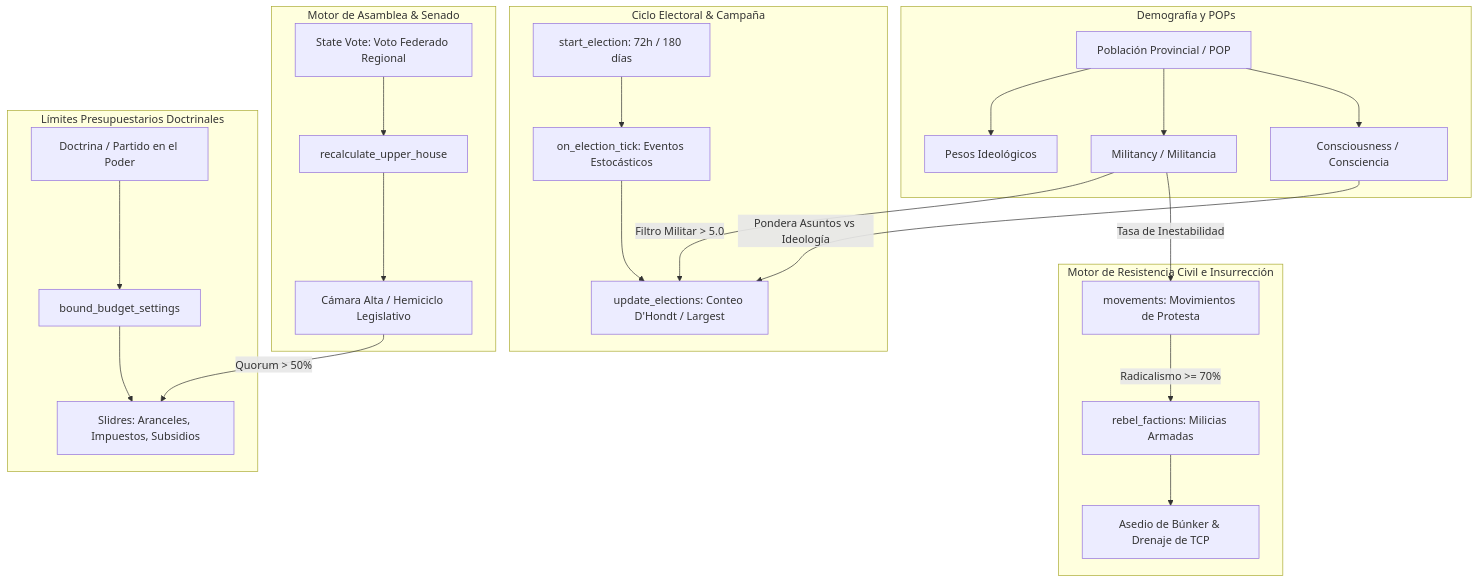
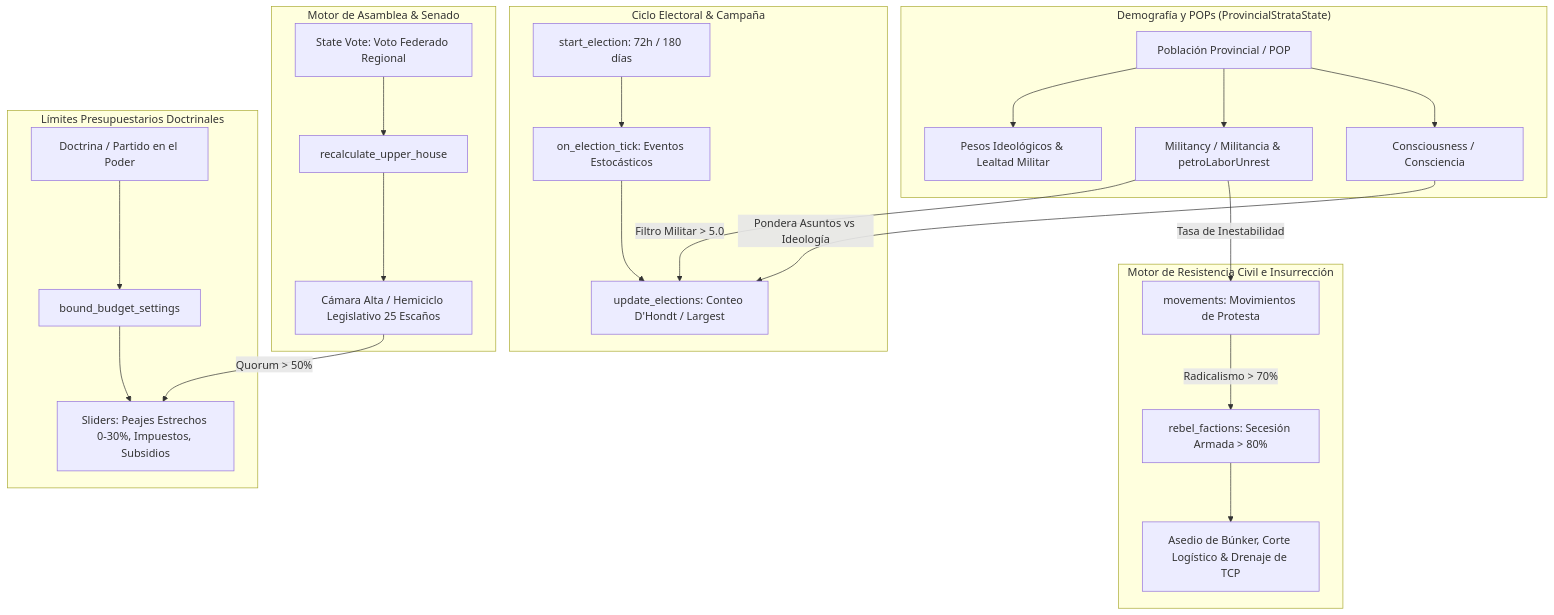
Before and after one commit to davikisea/GEOTACTICS-ONLINE: the second of 4 diagrams in docs/PROPUESTA_INTEGRACION_SISTEMA_POLITICO_PROJECT_ALICE.md, drawn with Mermaid. The commit also changed other lines of this file and 352 other files, not shown here.

Commit message:
feat(architecture): migración modular a 4 dominios (@domains/*), consolidación de base de datos y sincronización de suites deterministas

````diff
--- a/docs/PROPUESTA_INTEGRACION_SISTEMA_POLITICO_PROJECT_ALICE.md
+++ b/docs/PROPUESTA_INTEGRACION_SISTEMA_POLITICO_PROJECT_ALICE.md
@@ -49,45 +66,45 @@
 ```mermaid
 graph TD
-    subgraph PopCulture ["Demografía y POPs"]
+    subgraph PopCulture ["Demografía y POPs (ProvincialStrataState)"]
         Pop[Población Provincial / POP]
         Consc[Consciousness / Consciencia]
-        Mil[Militancy / Militancia]
-        IdeoWeights[Pesos Ideológicos]
+        Mil[Militancy / Militancia & petroLaborUnrest]
+        IdeoWeights[Pesos Ideológicos & Lealtad Militar]
         Pop --> Consc
         Pop --> Mil
         Pop --> IdeoWeights
     end
 
     subgraph AssemblyEngine ["Motor de Asamblea & Senado"]
         StateVote[State Vote: Voto Federado Regional]
         recalculate_upper_house[recalculate_upper_house]
-        UpperHouse[Cámara Alta / Hemiciclo Legislativo]
+        UpperHouse[Cámara Alta / Hemiciclo Legislativo 25 Escaños]
         StateVote --> recalculate_upper_house --> UpperHouse
     end
 
     subgraph ElectoralLoop ["Ciclo Electoral & Campaña"]
         start_election[start_election: 72h / 180 días]
         on_election_tick[on_election_tick: Eventos Estocásticos]
         update_elections[update_elections: Conteo D'Hondt / Largest]
         start_election --> on_election_tick --> update_elections
     end
 
     subgraph ResistanceSystem ["Motor de Resistencia Civil e Insurrección"]
         movements[movements: Movimientos de Protesta]
-        rebel_factions[rebel_factions: Milicias Armadas]
-        siege_won[Asedio de Búnker & Drenaje de TCP]
-        movements -->|Radicalismo >= 70%| rebel_factions --> siege_won
+        rebel_factions[rebel_factions: Secesión Armada > 80%]
+        siege_won[Asedio de Búnker, Corte Logístico & Drenaje de TCP]
+        movements -->|Radicalismo > 70%| rebel_factions --> siege_won
     end
 
     subgraph FiscalBounds ["Límites Presupuestarios Doctrinales"]
         bound_budget_settings[bound_budget_settings]
         RulingParty[Doctrina / Partido en el Poder]
-        FiscalSliders[Slidres: Aranceles, Impuestos, Subsidios]
+        FiscalSliders[Sliders: Peajes Estrechos 0-30%, Impuestos, Subsidios]
         RulingParty --> bound_budget_settings --> FiscalSliders
     end
 
     Consc -->|Pondera Asuntos vs Ideología| update_elections
     Mil -->|Tasa de Inestabilidad| movements
     Mil -->|Filtro Militar > 5.0| update_elections
     UpperHouse -->|Quorum > 50%| FiscalSliders
 ```
````
